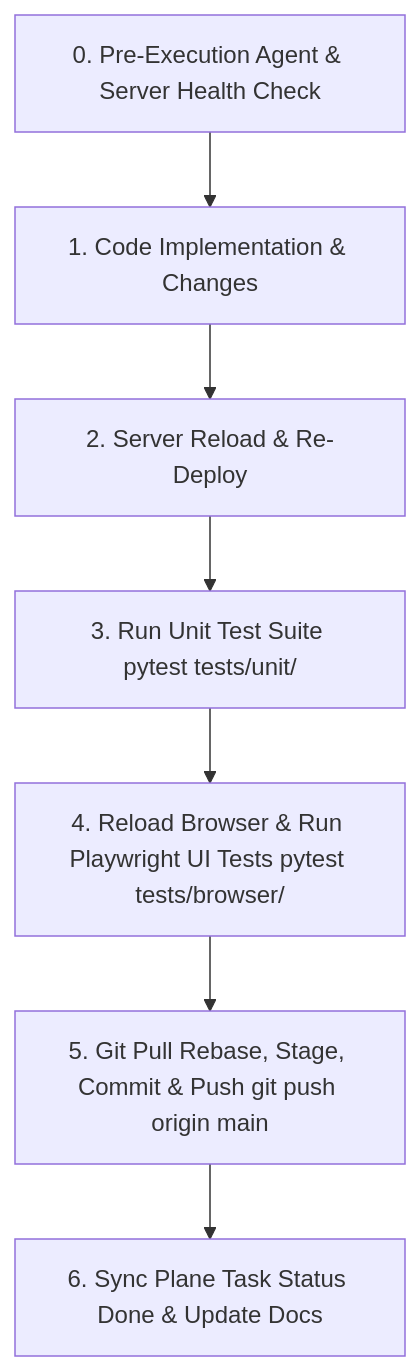
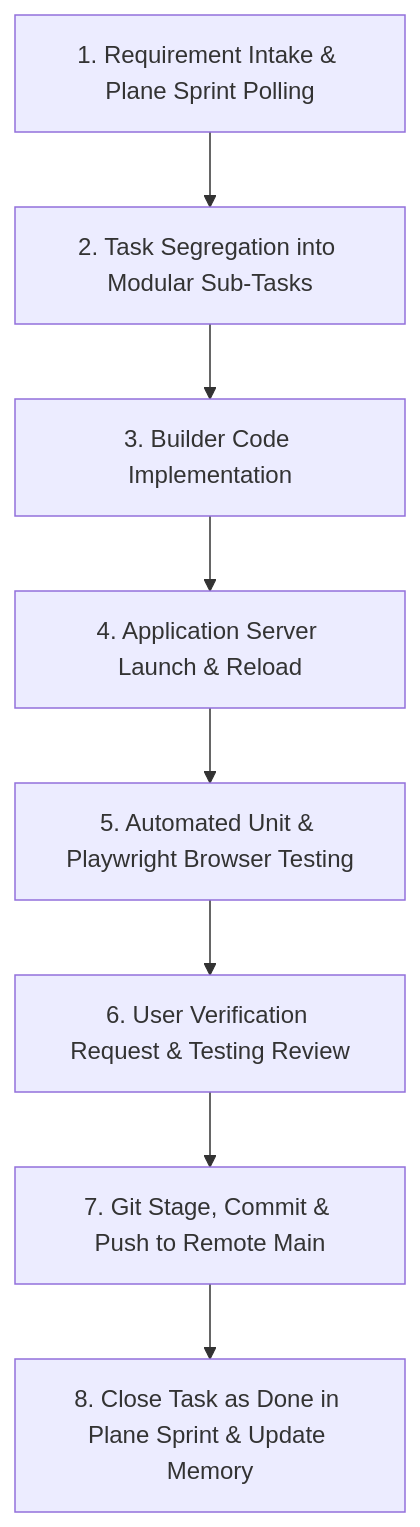
The diagram in tasks.md (mady143/ai-analytics-dashboard), drawn with Mermaid before and after one commit. The commit also changed other lines of this file and 12 other files, not shown here.

Commit message:
feat(sprint-aad-5): hide experimental components, clean up UI icons, remove pg_prod/oracle_prod DB targets, and update task lifecycle specifications

````diff
--- a/tasks.md
+++ b/tasks.md
@@ -154,9 +197,10 @@
   ```mermaid
   graph TD
-      A0[0. Pre-Execution Agent & Server Health Check] --> A1[1. Code Implementation & Changes]
-      A1 --> B[2. Server Reload & Re-Deploy]
-      B --> C[3. Run Unit Test Suite pytest tests/unit/]
-      C --> D[4. Reload Browser & Run Playwright UI Tests pytest tests/browser/]
-      D --> E[5. Git Pull Rebase, Stage, Commit & Push git push origin main]
-      E --> F[6. Sync Plane Task Status Done & Update Docs]
+      S1[1. Requirement Intake & Plane Sprint Polling] --> S2[2. Task Segregation into Modular Sub-Tasks]
+      S2 --> S3[3. Builder Code Implementation]
+      S3 --> S4[4. Application Server Launch & Reload]
+      S4 --> S5[5. Automated Unit & Playwright Browser Testing]
+      S5 --> S6[6. User Verification Request & Testing Review]
+      S6 --> S7[7. Git Stage, Commit & Push to Remote Main]
+      S7 --> S8[8. Close Task as Done in Plane Sprint & Update Memory]
   ```
````
